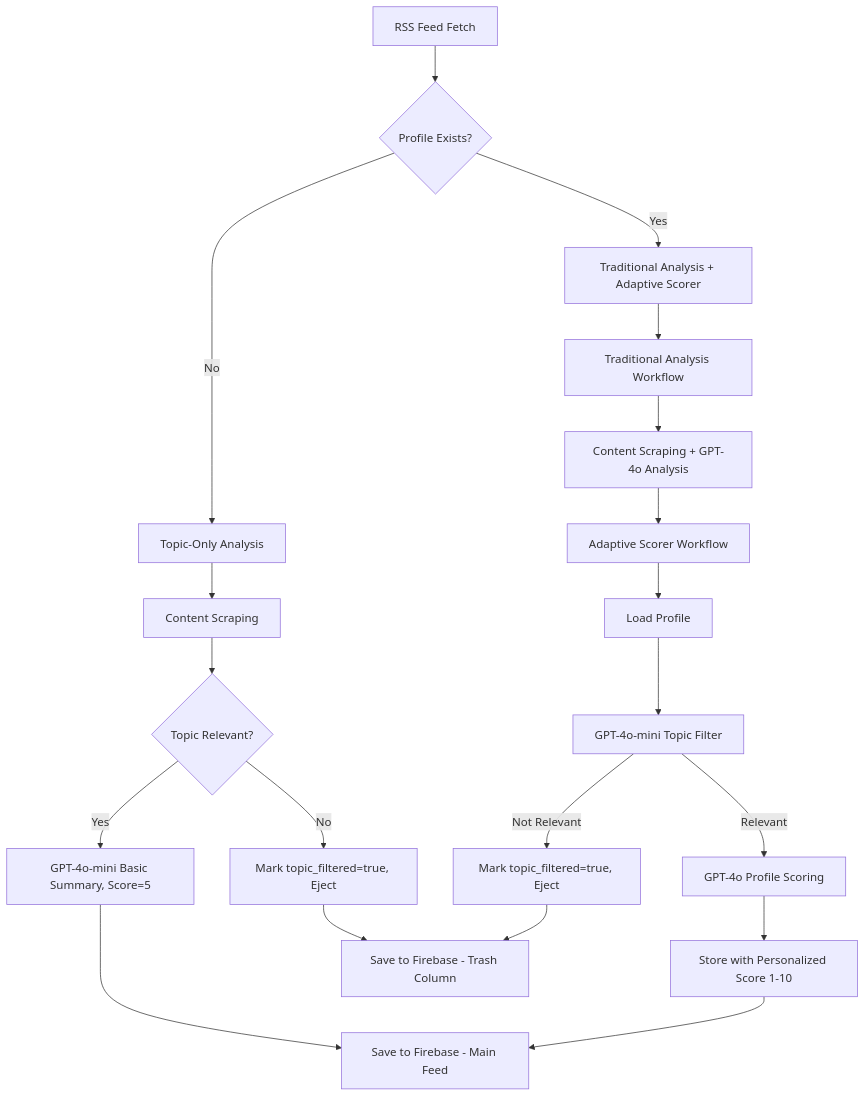
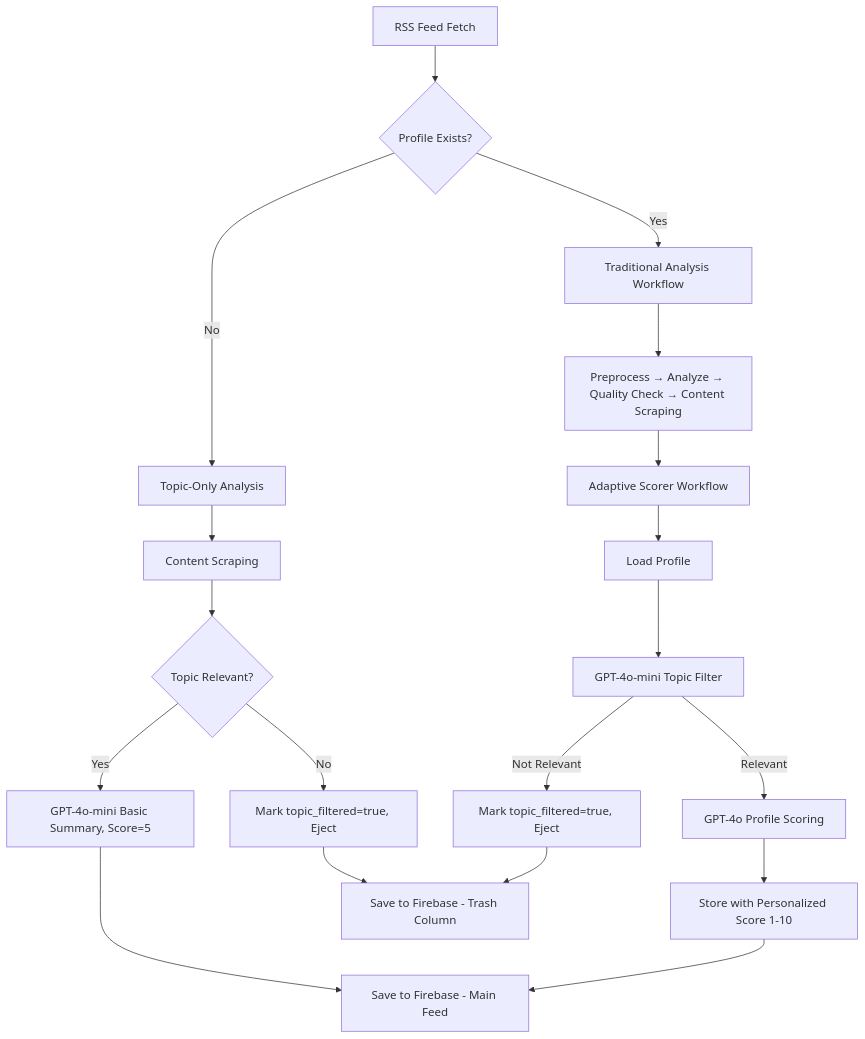
One commit to jackwimbish/adjutant changed the diagram in _docs/article_pipeline.md. Above: the diagram before and after it, drawn with Mermaid. The commit also changed 1 other file, not shown here.

Commit message:
don't open debug console by default

````diff
--- a/_docs/article_pipeline.md
+++ b/_docs/article_pipeline.md
@@ -188,25 +188,24 @@
 ```mermaid
 flowchart TD
     A[RSS Feed Fetch] --> B{Profile Exists?}
     B -->|No| C[Topic-Only Analysis]
-    B -->|Yes| D[Traditional Analysis + Adaptive Scorer]
+    B -->|Yes| D[Traditional Analysis Workflow]
     
     C --> C1[Content Scraping]
     C1 --> C2{Topic Relevant?}
     C2 -->|No| C3[Mark topic_filtered=true, Eject]
     C2 -->|Yes| C4[GPT-4o-mini Basic Summary, Score=5]
     
-    D --> D1[Traditional Analysis Workflow]
-    D1 --> D2[Content Scraping + GPT-4o Analysis]
-    D2 --> D3[Adaptive Scorer Workflow]
-    D3 --> H[Load Profile]
+    D --> D1[Preprocess → Analyze → Quality Check → Content Scraping]
+    D1 --> D2[Adaptive Scorer Workflow]
+    D2 --> H[Load Profile]
     H --> I[GPT-4o-mini Topic Filter]
     I -->|Relevant| J[GPT-4o Profile Scoring]
     I -->|Not Relevant| K[Mark topic_filtered=true, Eject]
     J --> L[Store with Personalized Score 1-10]
     
     C3 --> M[Save to Firebase - Trash Column]
     C4 --> N[Save to Firebase - Main Feed]
     K --> M
     L --> N
 ```
````
